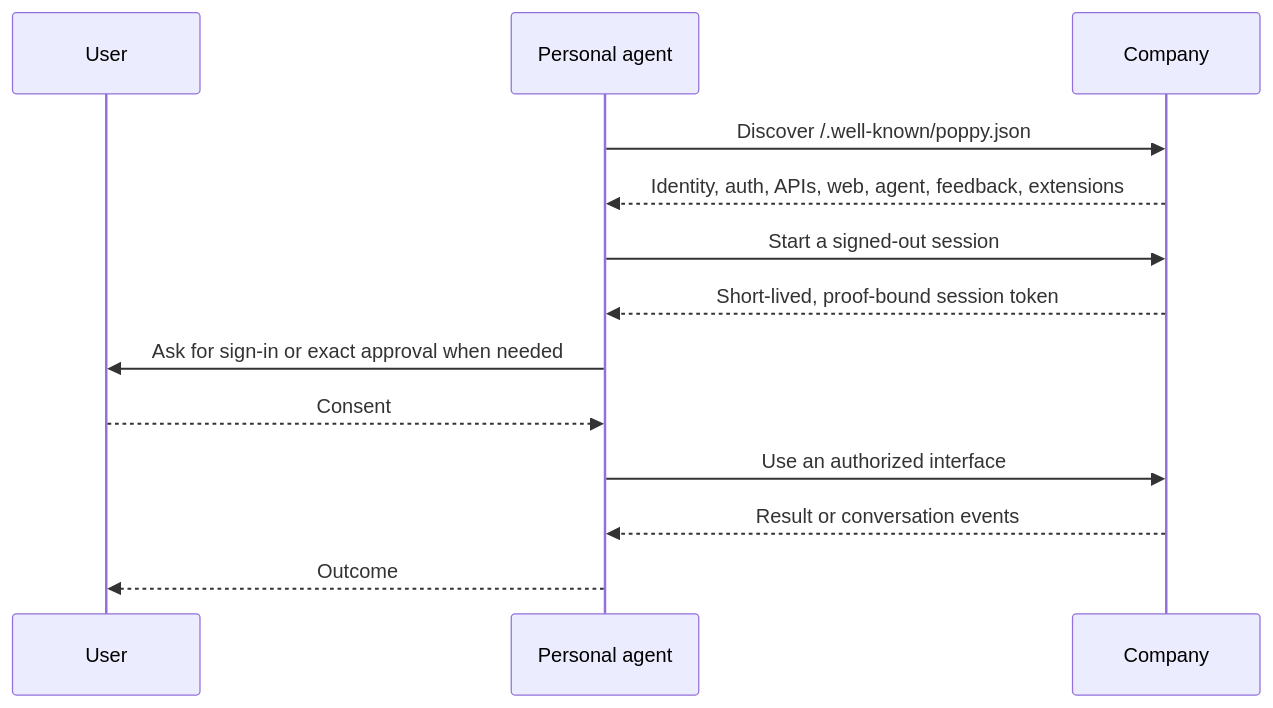
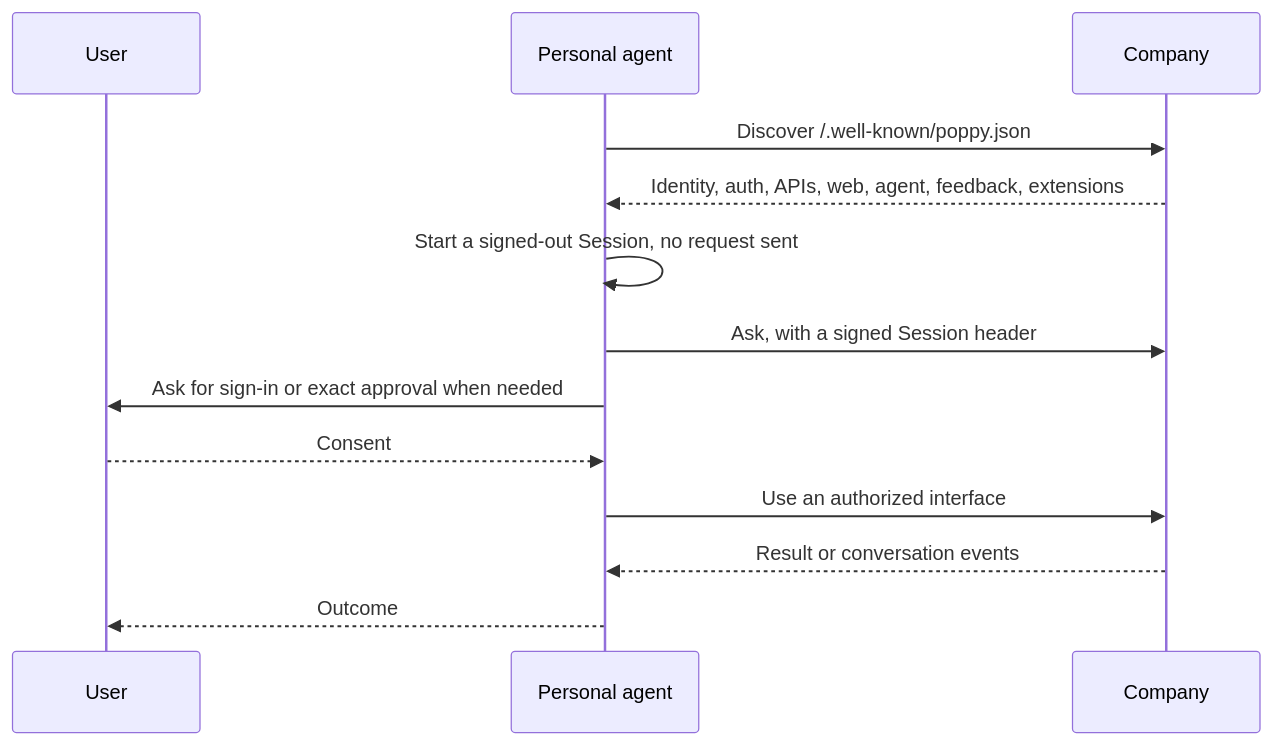
One commit to datalayer/personal-agent-protocol changed the diagram in docs/docs/index.mdx. Above: the diagram before and after it, drawn with Mermaid. The commit also changed other lines of this file and 34 other files, not shown here.

````diff
--- a/docs/docs/index.mdx
+++ b/docs/docs/index.mdx
@@ -79,15 +79,15 @@
 ```mermaid
 sequenceDiagram
   participant U as User
   participant P as Personal agent
   participant C as Company
   P->>C: Discover /.well-known/poppy.json
   C-->>P: Identity, auth, APIs, web, agent, feedback, extensions
-  P->>C: Start a signed-out session
-  C-->>P: Short-lived, proof-bound session token
+  P->>P: Start a signed-out Session, no request sent
+  P->>C: Ask, with a signed Session header
   P->>U: Ask for sign-in or exact approval when needed
   U-->>P: Consent
   P->>C: Use an authorized interface
   C-->>P: Result or conversation events
   P-->>U: Outcome
 ```
````
